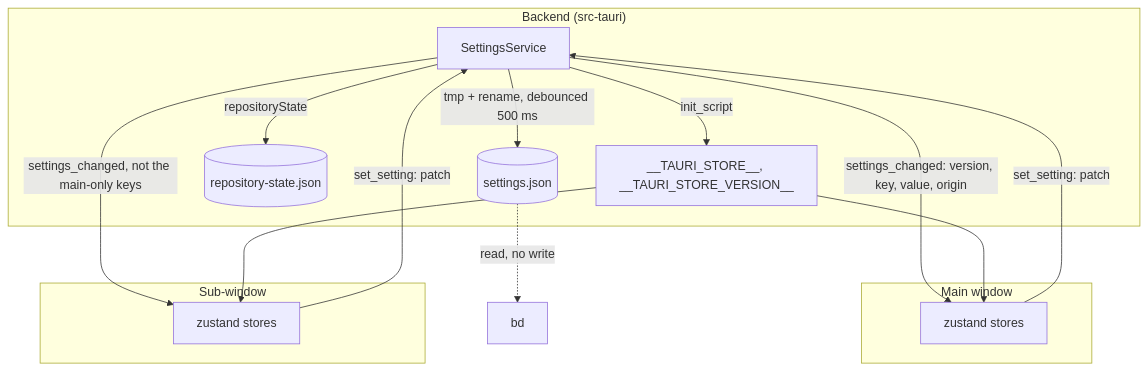
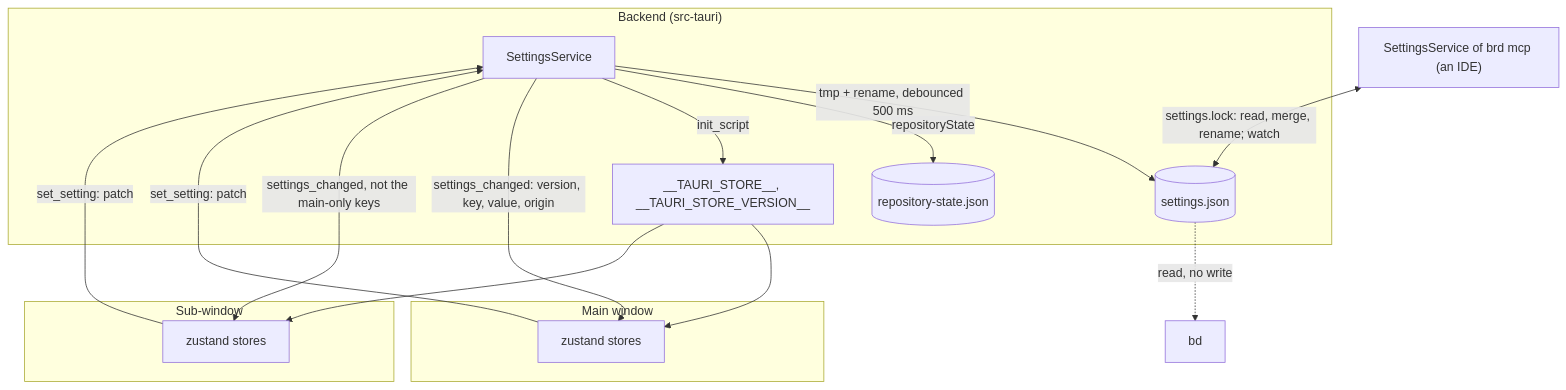
The first of 2 diagrams in docs/design/distributed-settings.md (develar/branch-deck), drawn with Mermaid before and after one commit. The commit also changed other lines of this file and 15 other files, not shown here.

First line of the commit message:
feat(settings): two processes on one app data directory keep each other's settings: a save merges what its process changed into the file under a lock, and a change the other saved reaches every window

````diff
--- a/docs/design/distributed-settings.md
+++ b/docs/design/distributed-settings.md
@@ -40,24 +44,25 @@
 ```mermaid
 flowchart TD
     subgraph Backend["Backend (src-tauri)"]
         Service[SettingsService] -->|tmp + rename, debounced 500 ms| File[(settings.json)]
         Service -->|repositoryState| State[(repository-state.json)]
         Service -->|init_script| Snapshot["__TAURI_STORE__, __TAURI_STORE_VERSION__"]
     end
 
     subgraph Main["Main window"]
         MS[zustand stores]
     end
 
     subgraph Sub["Sub-window"]
         SS[zustand stores]
     end
 
     MS -->|set_setting: patch| Service
     SS -->|set_setting: patch| Service
     Service -->|settings_changed: version, key, value, origin| MS
     Service -->|settings_changed, not the main-only keys| SS
     Snapshot --> MS
     Snapshot --> SS
     File -.->|read, no write| BD[bd]
+    Other["SettingsService of brd mcp (an IDE)"] <-->|settings.lock: read, merge, rename; watch| File
 ```
````
